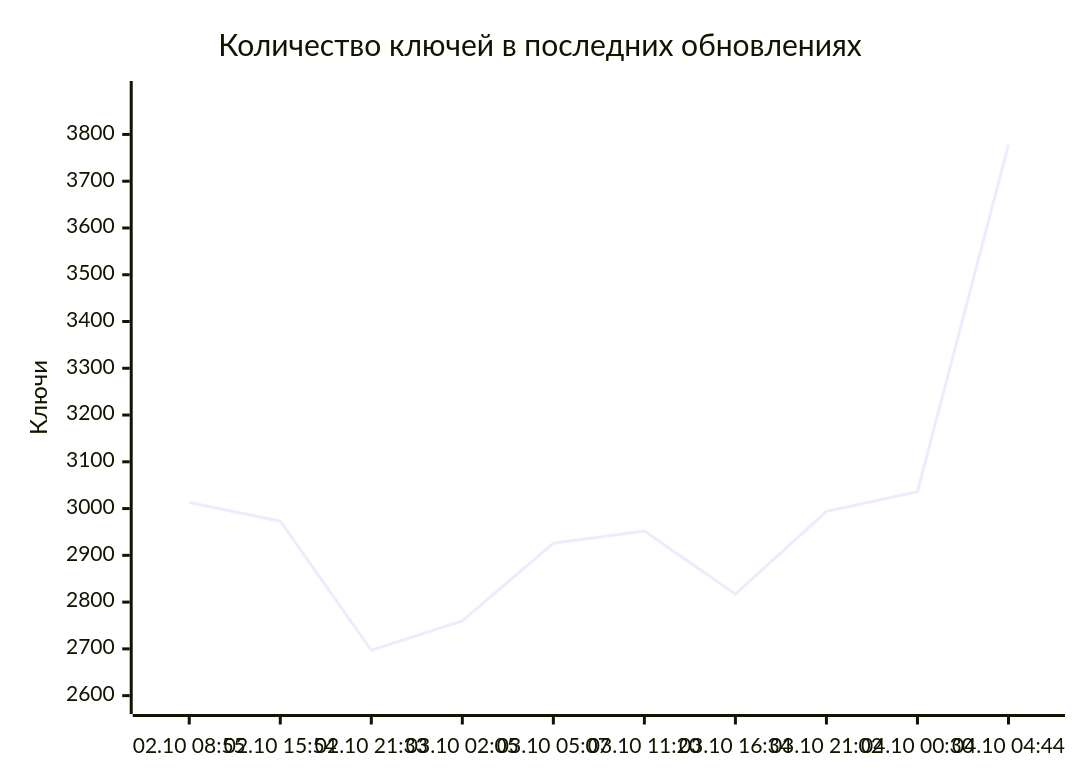
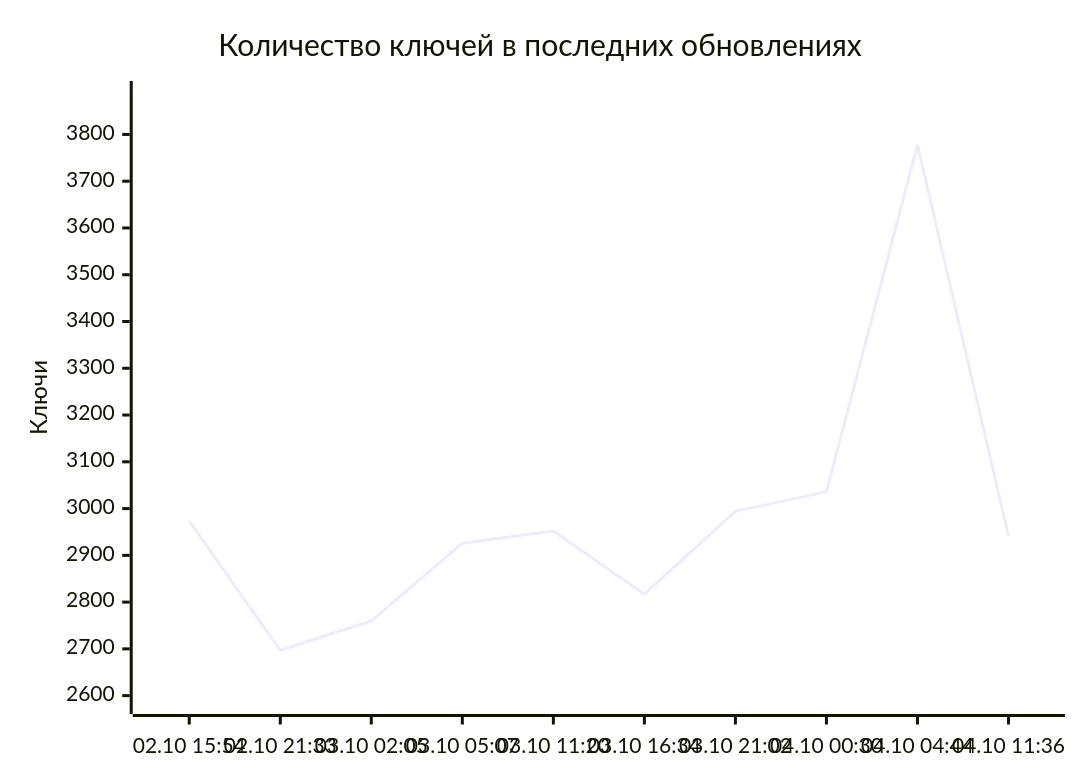
One commit to markKikhtenko/WireVeil changed the diagram in README.md. Above: the diagram before and after it, drawn with Mermaid. The commit also changed other lines of this file and 12 other files, not shown here.

````diff
--- a/README.md
+++ b/README.md
@@ -55,7 +55,7 @@
 ```mermaid
 xychart-beta
     title "Количество ключей в последних обновлениях"
-    x-axis ["02.10 08:55", "02.10 15:54", "02.10 21:33", "03.10 02:05", "03.10 05:07", "03.10 11:20", "03.10 16:34", "03.10 21:02", "04.10 00:30", "04.10 04:44"]
+    x-axis ["02.10 15:54", "02.10 21:33", "03.10 02:05", "03.10 05:07", "03.10 11:20", "03.10 16:34", "03.10 21:02", "04.10 00:30", "04.10 04:44", "04.10 11:36"]
     y-axis "Ключи" 2588 --> 3887
-    line [3013, 2973, 2697, 2760, 2926, 2952, 2817, 2994, 3036, 3778]
+    line [2973, 2697, 2760, 2926, 2952, 2817, 2994, 3036, 3778, 2941]
 ```
````
